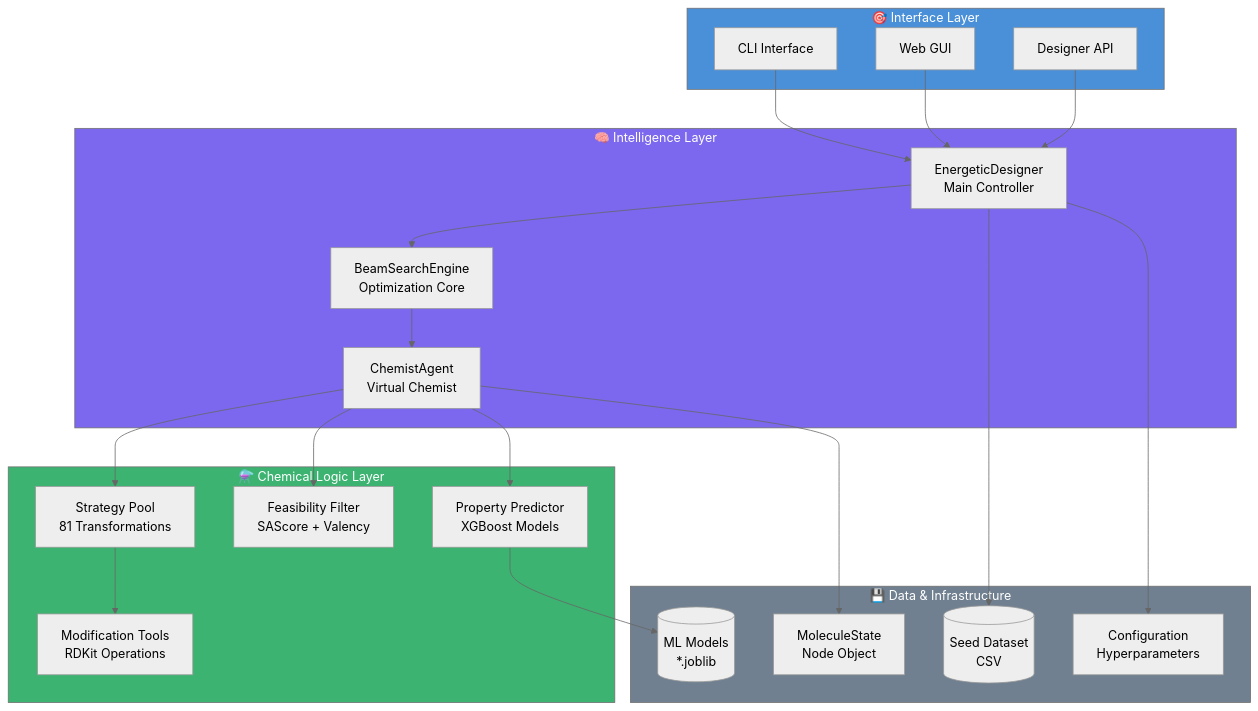
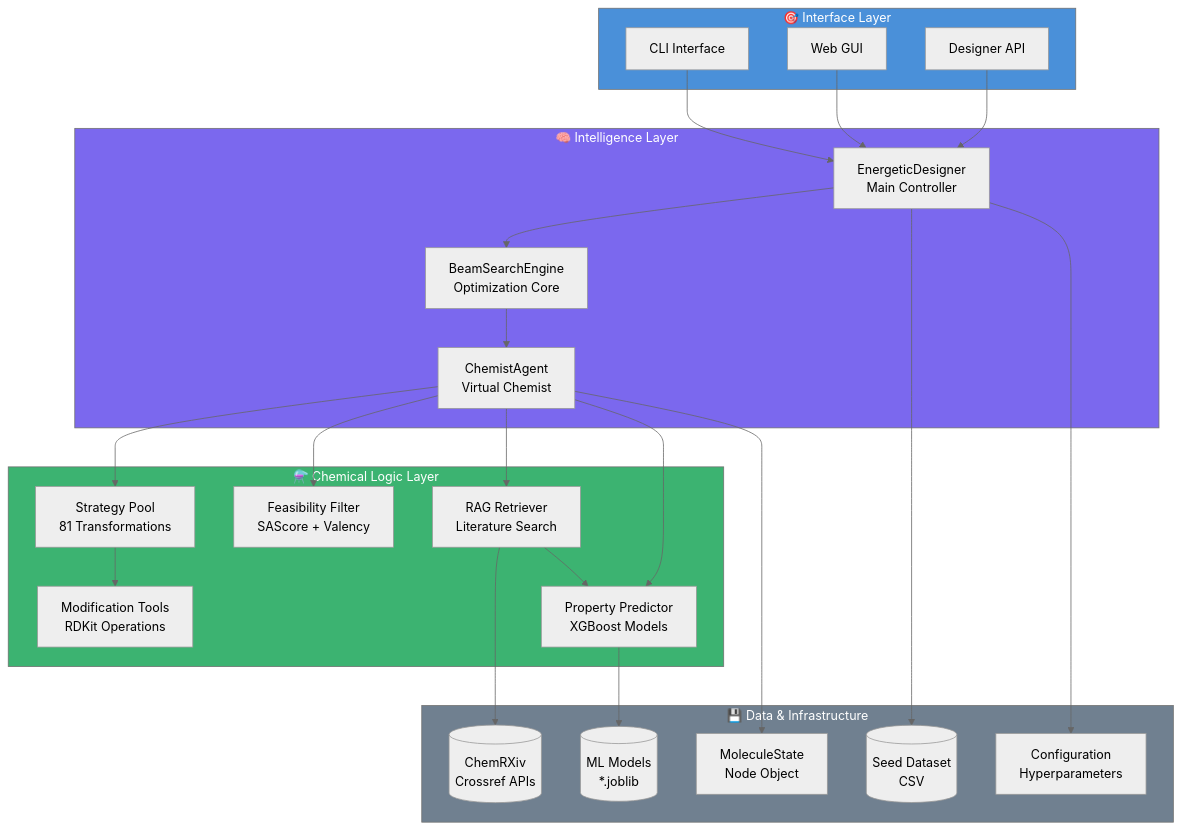
The first of 19 diagrams in docs/system_design.md (josefberman/EnergeticGraph), drawn with Mermaid (neutral theme) before and after one commit. The commit also changed other lines of this file and 8 other files, not shown here.

Commit message:
feat: Add RAGConfig for Retrieval-Augmented Generation; integrate RAG property retrieval in ChemistAgent for enhanced property lookup from literature before ML prediction. Update system design documentation to reflect new RAG module and its workflow.

````diff
--- a/docs/system_design.md
+++ b/docs/system_design.md
@@ -21,50 +22,55 @@
 ```mermaid
 flowchart TB
     subgraph Interface["🎯 Interface Layer"]
         CLI[CLI Interface]
         GUI[Web GUI]
         API[Designer API]
     end
     
     subgraph Orchestration["🧠 Intelligence Layer"]
         Designer[EnergeticDesigner<br/>Main Controller]
         BeamEngine[BeamSearchEngine<br/>Optimization Core]
         ChemistAgent[ChemistAgent<br/>Virtual Chemist]
     end
     
     subgraph Chemical["⚗️ Chemical Logic Layer"]
         StrategyPool[Strategy Pool<br/>81 Transformations]
         Feasibility[Feasibility Filter<br/>SAScore + Valency]
+        RAG[RAG Retriever<br/>Literature Search]
         Predictor[Property Predictor<br/>XGBoost Models]
         ModTools[Modification Tools<br/>RDKit Operations]
     end
     
     subgraph Data["💾 Data & Infrastructure"]
         MolState[MoleculeState<br/>Node Object]
         Config[Configuration<br/>Hyperparameters]
         Models[(ML Models<br/>*.joblib)]
         Dataset[(Seed Dataset<br/>CSV)]
+        ChemRXiv[(ChemRXiv<br/>Crossref APIs)]
     end
     
     CLI --> Designer
     GUI --> Designer
     API --> Designer
     
     Designer --> BeamEngine
     BeamEngine --> ChemistAgent
     
     ChemistAgent --> StrategyPool
     ChemistAgent --> Feasibility
+    ChemistAgent --> RAG
     ChemistAgent --> Predictor
     StrategyPool --> ModTools
     
+    RAG --> ChemRXiv
+    RAG --> Predictor
     Predictor --> Models
     Designer --> Dataset
     ChemistAgent --> MolState
     Designer --> Config
     
     style Interface fill:#4a90d9,color:#fff
     style Orchestration fill:#7b68ee,color:#fff
     style Chemical fill:#3cb371,color:#fff
     style Data fill:#708090,color:#fff
 ```
````
